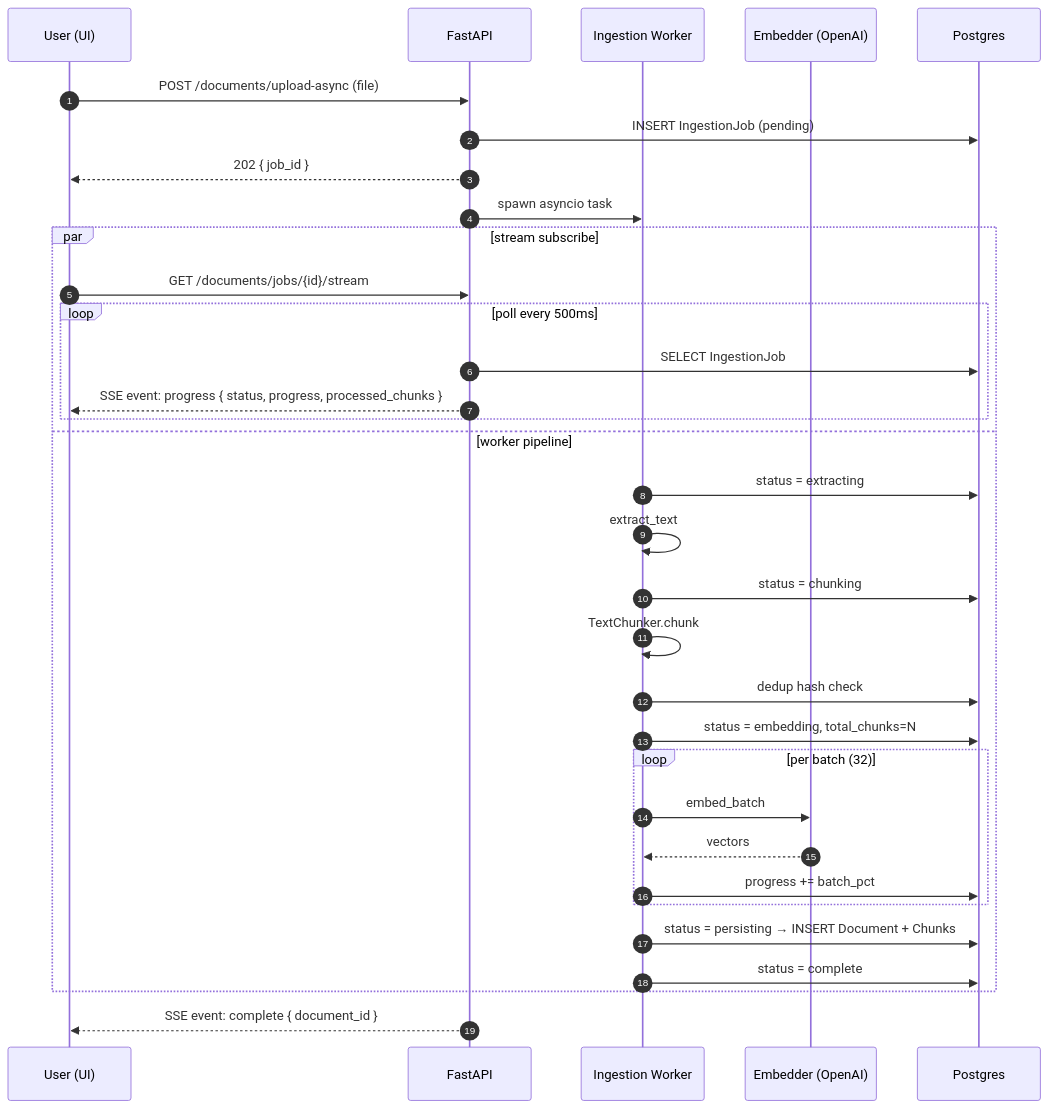
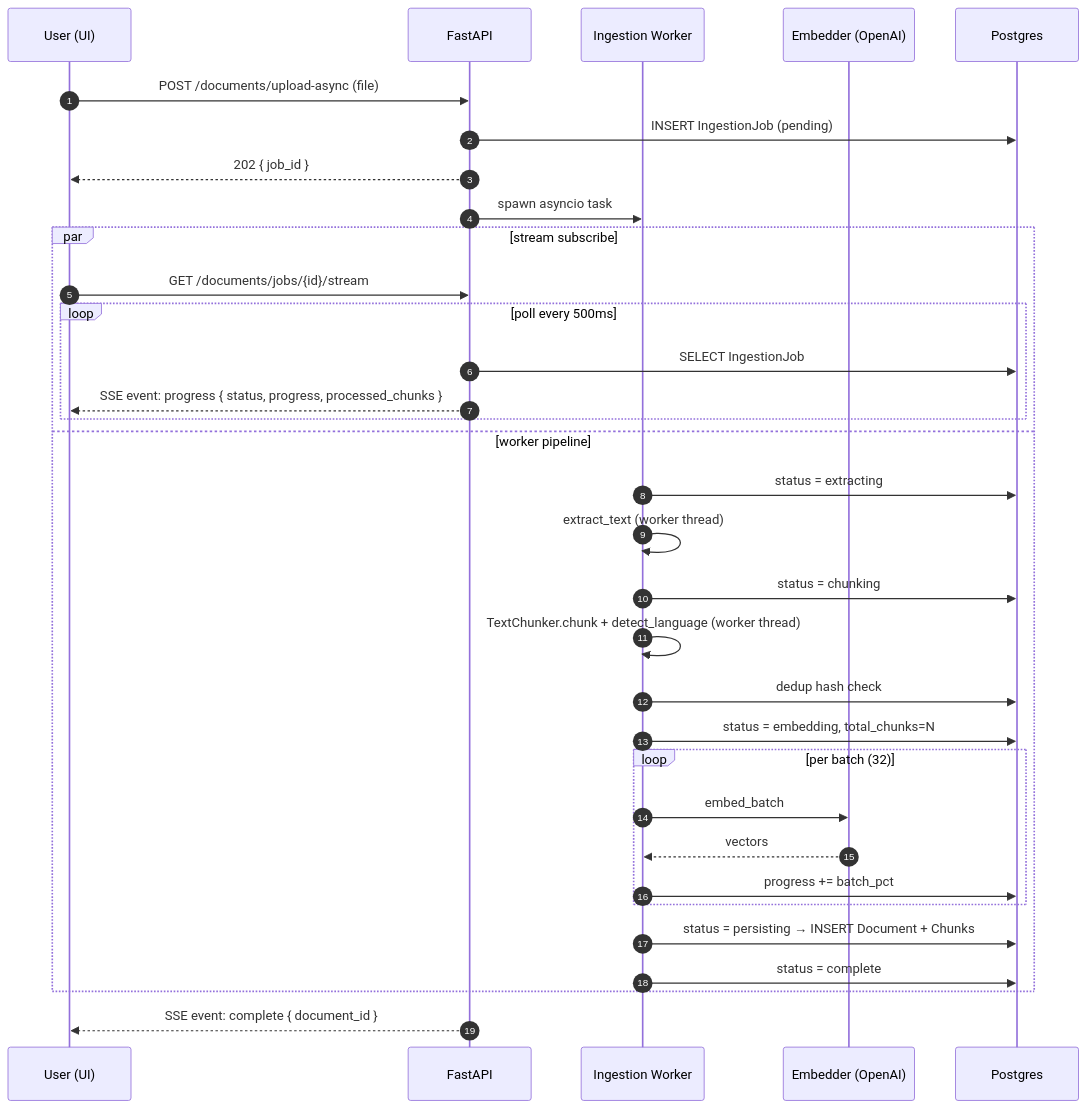
One commit to FrancoCazal/WhisperDocs changed the third of 4 diagrams in ARCHITECTURE.md. Above: the diagram before and after it, drawn with Mermaid. The commit also changed other lines of this file and 7 other files, not shown here.

First line of the commit message:
fix(ingestion): parse, chunk and detect language off the event loop

````diff
--- a/ARCHITECTURE.md
+++ b/ARCHITECTURE.md
@@ -143,36 +143,36 @@
 ```mermaid
 sequenceDiagram
   autonumber
   participant U as User (UI)
   participant API as FastAPI
   participant W as Ingestion Worker
   participant E as Embedder (OpenAI)
   participant DB as Postgres
 
   U->>API: POST /documents/upload-async (file)
   API->>DB: INSERT IngestionJob (pending)
   API-->>U: 202 { job_id }
   API->>W: spawn asyncio task
   par stream subscribe
     U->>API: GET /documents/jobs/{id}/stream
     loop poll every 500ms
       API->>DB: SELECT IngestionJob
       API-->>U: SSE event: progress { status, progress, processed_chunks }
     end
   and worker pipeline
     W->>DB: status = extracting
-    W->>W: extract_text
+    W->>W: extract_text (worker thread)
     W->>DB: status = chunking
-    W->>W: TextChunker.chunk
+    W->>W: TextChunker.chunk + detect_language (worker thread)
     W->>DB: dedup hash check
     W->>DB: status = embedding, total_chunks=N
     loop per batch (32)
       W->>E: embed_batch
       E-->>W: vectors
       W->>DB: progress += batch_pct
     end
     W->>DB: status = persisting → INSERT Document + Chunks
     W->>DB: status = complete
   end
   API-->>U: SSE event: complete { document_id }
 ```
````
